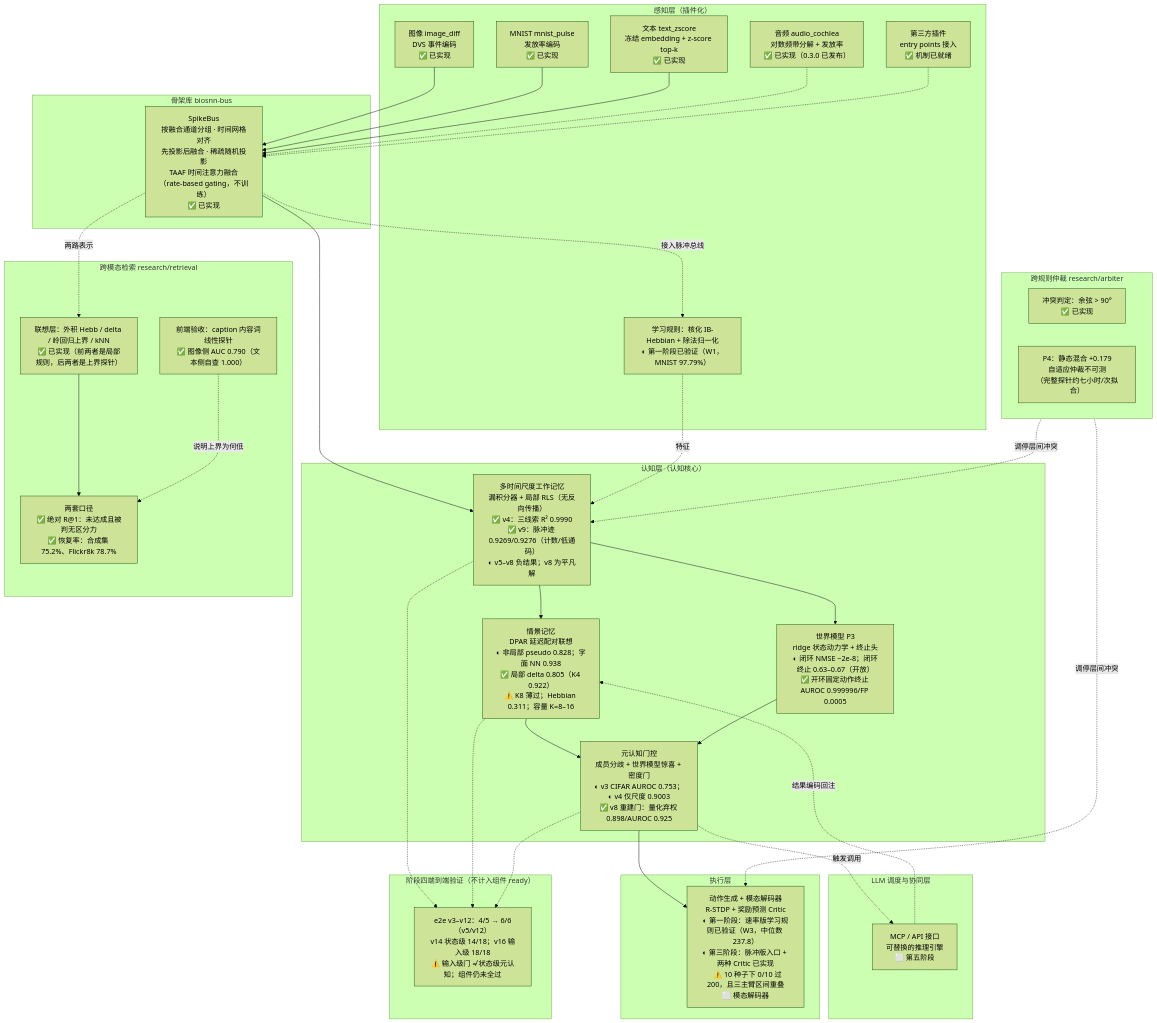
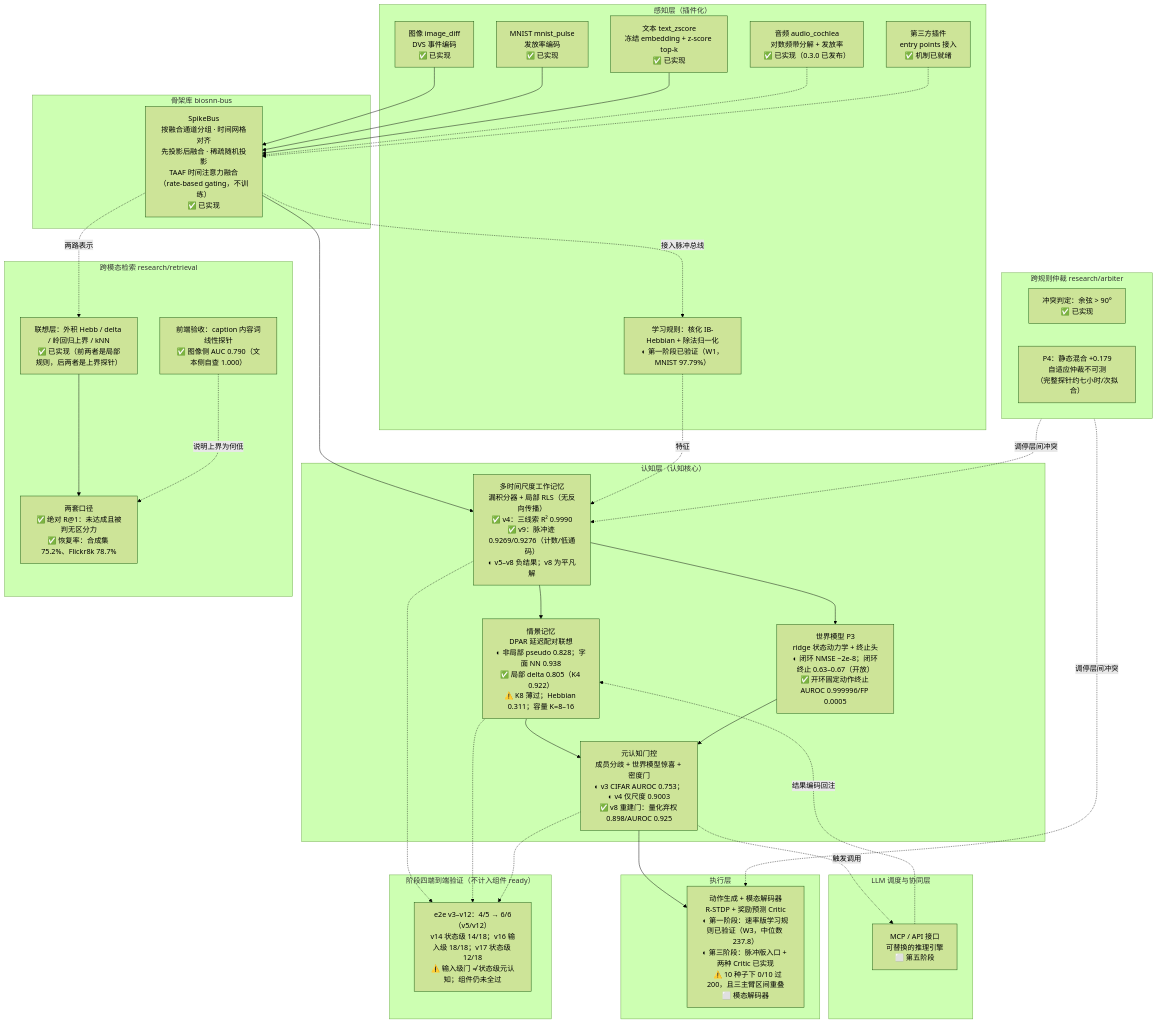
The diagram in README.md (lzmd-arch/BioSNN-Plug), drawn with Mermaid (forest theme) before and after one commit. The commit also changed other lines of this file and 4 other files, not shown here.

````diff
--- a/README.md
+++ b/README.md
@@ -126,71 +126,71 @@
 ```mermaid
 flowchart TB
     subgraph L5["LLM 调度与协同层"]
         MCP["MCP / API 接口<br/>可替换的推理引擎<br/>⬜ 第五阶段"]
     end
 
     subgraph L4["执行层"]
         ACT["动作生成 + 模态解码器<br/>R-STDP + 奖励预测 Critic<br/>◐ 第一阶段：速率版学习规则已验证（W3，中位数 237.8）<br/>◐ 第三阶段：脉冲版入口 + 两种 Critic 已实现<br/>&nbsp;&nbsp;&nbsp;⚠️ 10 种子下 0/10 过 200，且三主臂区间重叠<br/>⬜ 模态解码器"]
     end
 
     subgraph L3["认知层（认知核心）"]
         WM["多时间尺度工作记忆<br/>漏积分器 + 局部 RLS（无反向传播）<br/>✅ v4：三线索 R² 0.9990<br/>✅ v9：脉冲迹 0.9269/0.9276（计数/低通码）<br/>◐ v5–v8 负结果；v8 为平凡解"]
         EM["情景记忆<br/>DPAR 延迟配对联想<br/>◐ 非局部 pseudo 0.828；字面 NN 0.938<br/>✅ 局部 delta 0.805（K4 0.922）<br/>⚠️ K8 薄过；Hebbian 0.311；容量 K=8–16"]
         MG["元认知门控<br/>成员分歧 + 世界模型惊喜 + 密度门<br/>◐ v3 CIFAR AUROC 0.753；◐ v4 仅尺度 0.9003<br/>✅ v8 重建门：量化弃权 0.898/AUROC 0.925"]
         WMODEL["世界模型 P3<br/>ridge 状态动力学 + 终止头<br/>◐ 闭环 NMSE ~2e-8；闭环终止 0.63–0.67（开放）<br/>✅ 开环固定动作终止 AUROC 0.999996/FP 0.0005"]
     end
 
     subgraph ARB["跨规则仲裁 research/arbiter"]
         CF["冲突判定：余弦 > 90°<br/>✅ 已实现"]
         ES["P4：静态混合 +0.179<br/>自适应仲裁不可测<br/>（完整探针约七小时/次拟合）"]
     end
 
     subgraph L2["骨架库 biosnn-bus"]
         BUS["SpikeBus<br/>按融合通道分组 · 时间网格对齐<br/>先投影后融合 · 稀疏随机投影<br/>TAAF 时间注意力融合（rate-based gating，不训练）<br/>✅ 已实现"]
     end
 
     subgraph L1["感知层（插件化）"]
         IMG["图像 image_diff<br/>DVS 事件编码<br/>✅ 已实现"]
         MN["MNIST mnist_pulse<br/>发放率编码<br/>✅ 已实现"]
         TXT["文本 text_zscore<br/>冻结 embedding + z-score top-k<br/>✅ 已实现"]
         AUD["音频 audio_cochlea<br/>对数频带分解 + 发放率<br/>✅ 已实现（0.3.0 已发布）"]
         THIRD["第三方插件<br/>entry points 接入<br/>✅ 机制已就绪"]
         HEB["学习规则：核化 IB-Hebbian + 除法归一化<br/>◐ 第一阶段已验证（W1，MNIST 97.79%）"]
     end
 
     IMG --> BUS
     MN --> BUS
     TXT --> BUS
     AUD -.-> BUS
     THIRD -.-> BUS
 
     BUS --> WM
     BUS -.->|接入脉冲总线| HEB
     HEB -.->|特征| WM
     WM --> EM
     WM --> WMODEL
     EM --> MG
     WMODEL --> MG
     MG --> ACT
     MG -.->|触发调用| MCP
     MCP -.->|结果编码回注| EM
     ARB -.->|调停层间冲突| WM
     ARB -.->|调停层间冲突| ACT
 
     subgraph W4["跨模态检索 research/retrieval"]
         FAC["联想层：外积 Hebb / delta / 岭回归上界 / kNN<br/>✅ 已实现（前两者是局部规则，后两者是上界探针）"]
         CRIT["两套口径<br/>✅ 绝对 R@1：未达成且被判无区分力<br/>✅ 恢复率：合成集 75.2%、Flickr8k 78.7%"]
         FE["前端验收：caption 内容词线性探针<br/>✅ 图像侧 AUC 0.790（文本侧自查 1.000）"]
     end
 
     BUS -.->|两路表示| FAC
     FAC --> CRIT
     FE -.->|说明上界为何低| CRIT
 
     subgraph S4["阶段四端到端验证（不计入组件 ready）"]
-        E2E["e2e v3–v12：4/5 → 6/6（v5/v12）<br/>v14 状态级 14/18；v16 输入级 18/18<br/>⚠️ 输入级门 ≠ 状态级元认知；组件仍未全过"]
+        E2E["e2e v3–v12：4/5 → 6/6（v5/v12）<br/>v14 状态级 14/18；v16 输入级 18/18；v17 状态级 12/18<br/>⚠️ 输入级门 ≠ 状态级元认知；组件仍未全过"]
     end
     WM -.-> E2E
     EM -.-> E2E
     MG -.-> E2E
 ```
````
